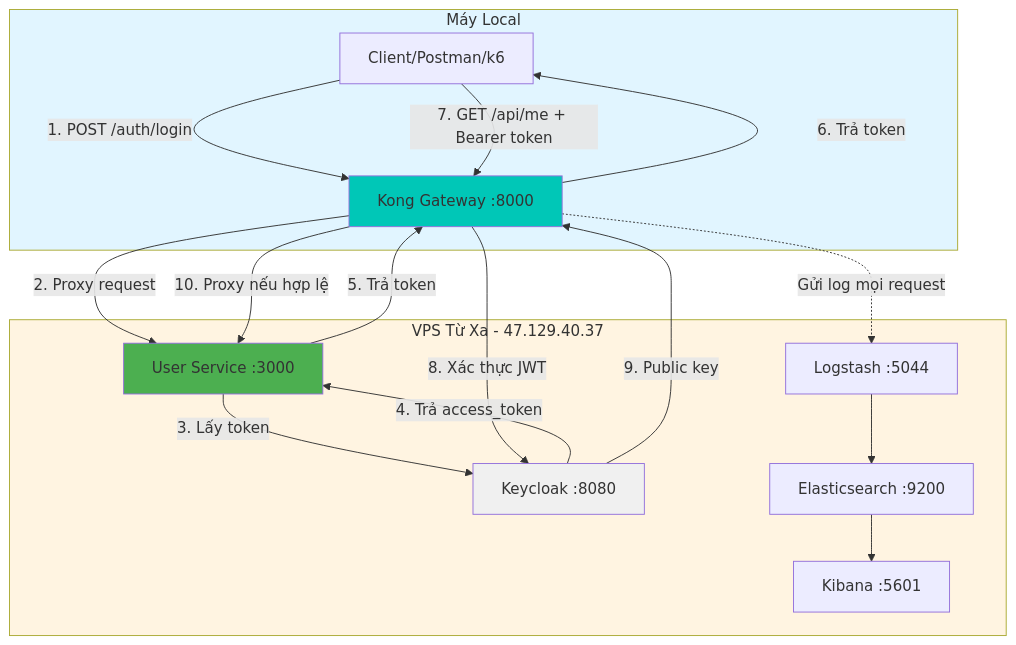
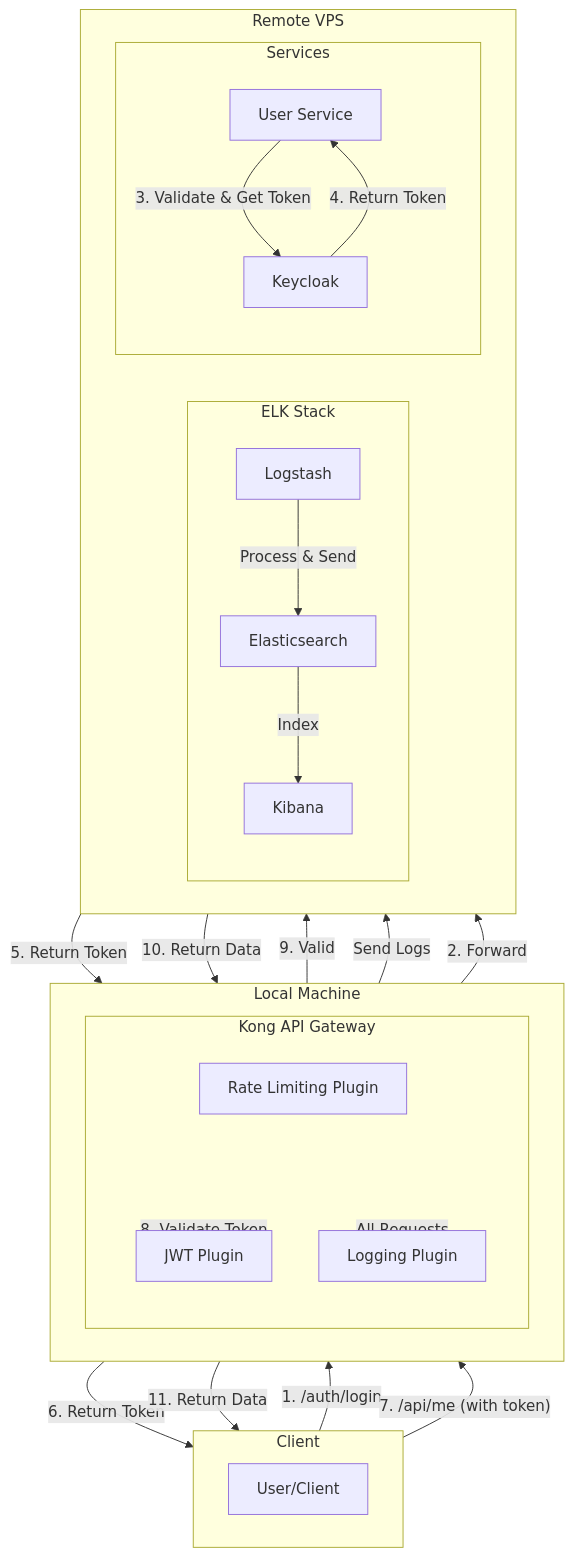
One commit to dungle03/apigw-elk-full changed the diagram in README.md. Above: the diagram before and after it, drawn with Mermaid.

Commit message:
Fix: Update architecture diagram in README.md for clarity and improved flow representation

````diff
--- a/README.md
+++ b/README.md
@@ -22,37 +22,50 @@
 ```mermaid
 flowchart TB
-  subgraph local["Máy Local"]
-    Client[Client/Postman/k6]
-    Kong[Kong Gateway :8000]
+  subgraph "Client"
+    direction LR
+    User[User/Client]
   end
-  
-  subgraph vps["VPS Từ Xa - 47.129.40.37"]
-    UserSvc[User Service :3000]
-    KC[Keycloak :8080]
-    LS[Logstash :5044]
-    ES[Elasticsearch :9200]
-    Kibana[Kibana :5601]
+
+  subgraph "Local Machine"
+    direction LR
+    subgraph Kong_API_Gateway [Kong API Gateway]
+        direction TB
+        RateLimit[Rate Limiting Plugin]
+        JWT[JWT Plugin]
+        Logging[Logging Plugin]
+    end
   end
-  
-  Client -->|1. POST /auth/login| Kong
-  Kong -->|2. Proxy request| UserSvc
-  UserSvc -->|3. Lấy token| KC
-  KC -->|4. Trả access_token| UserSvc
-  UserSvc -->|5. Trả token| Kong
-  Kong -->|6. Trả token| Client
-  
-  Client -->|7. GET /api/me + Bearer token| Kong
-  Kong -->|8. Xác thực JWT| KC
-  KC -->|9. Public key| Kong
-  Kong -->|10. Proxy nếu hợp lệ| UserSvc
-  
-  Kong -.->|Gửi log mọi request| LS
-  LS --> ES
-  ES --> Kibana
-  
-  style local fill:#e1f5ff
-  style vps fill:#fff4e1
-  style Kong fill:#00C7B7
-  style KC fill:#f0f0f0
-  style UserSvc fill:#4CAF50
+
+  subgraph "Remote VPS"
+    direction LR
+    subgraph ELK_Stack [ELK Stack]
+        direction TB
+        Logstash
+        Elasticsearch
+        Kibana
+    end
+    subgraph Services
+        direction TB
+        UserService[User Service]
+        Keycloak
+    end
+  end
+
+  User -- "1. /auth/login" --> Kong_API_Gateway
+  Kong_API_Gateway -- "2. Forward" --> UserService
+  UserService -- "3. Validate & Get Token" --> Keycloak
+  Keycloak -- "4. Return Token" --> UserService
+  UserService -- "5. Return Token" --> Kong_API_Gateway
+  Kong_API_Gateway -- "6. Return Token" --> User
+
+  User -- "7. /api/me (with token)" --> Kong_API_Gateway
+  Kong_API_Gateway -- "8. Validate Token" --> JWT
+  JWT -- "9. Valid" --> UserService
+  UserService -- "10. Return Data" --> Kong_API_Gateway
+  Kong_API_Gateway -- "11. Return Data" --> User
+
+  Kong_API_Gateway -- "All Requests" --> Logging
+  Logging -- "Send Logs" --> Logstash
+  Logstash -- "Process & Send" --> Elasticsearch
+  Elasticsearch -- "Index" --> Kibana
 ```
````
